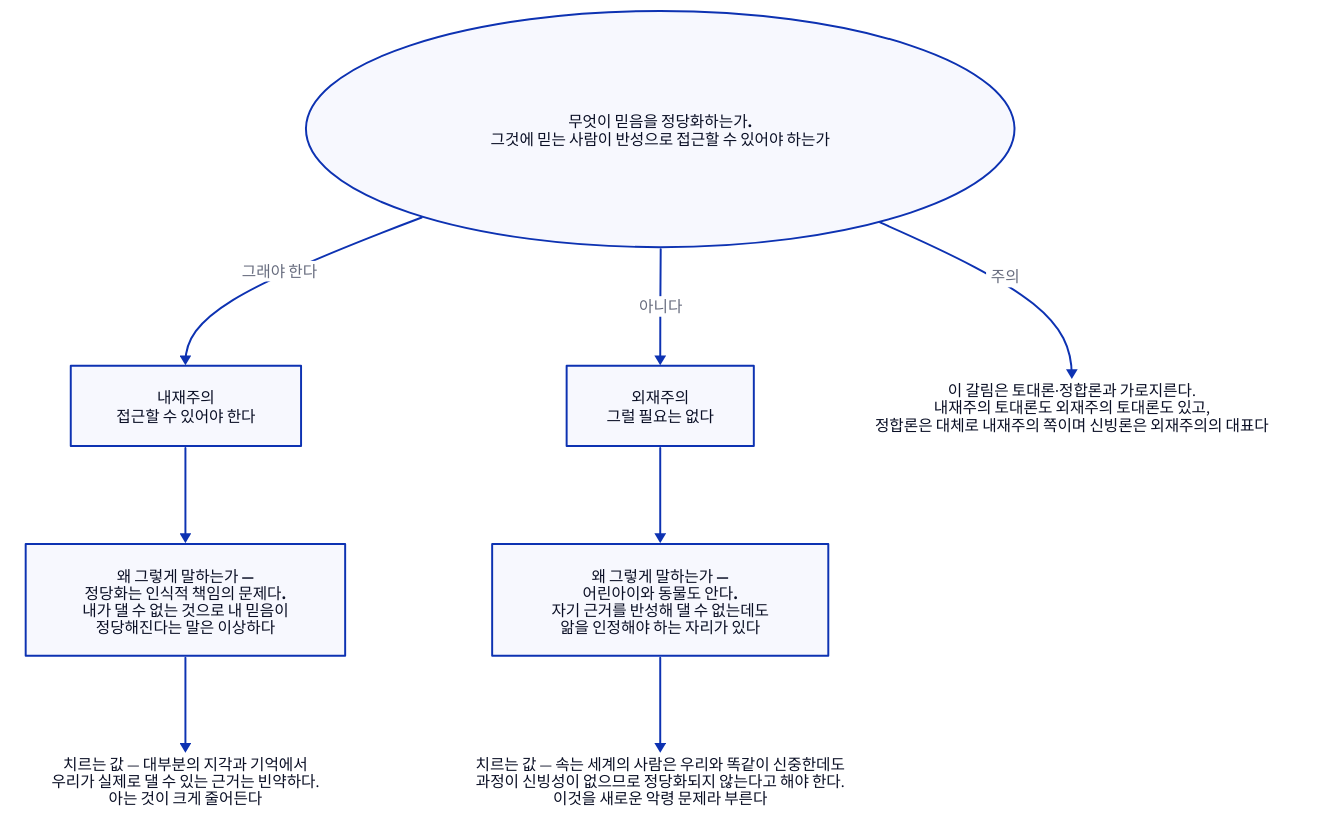
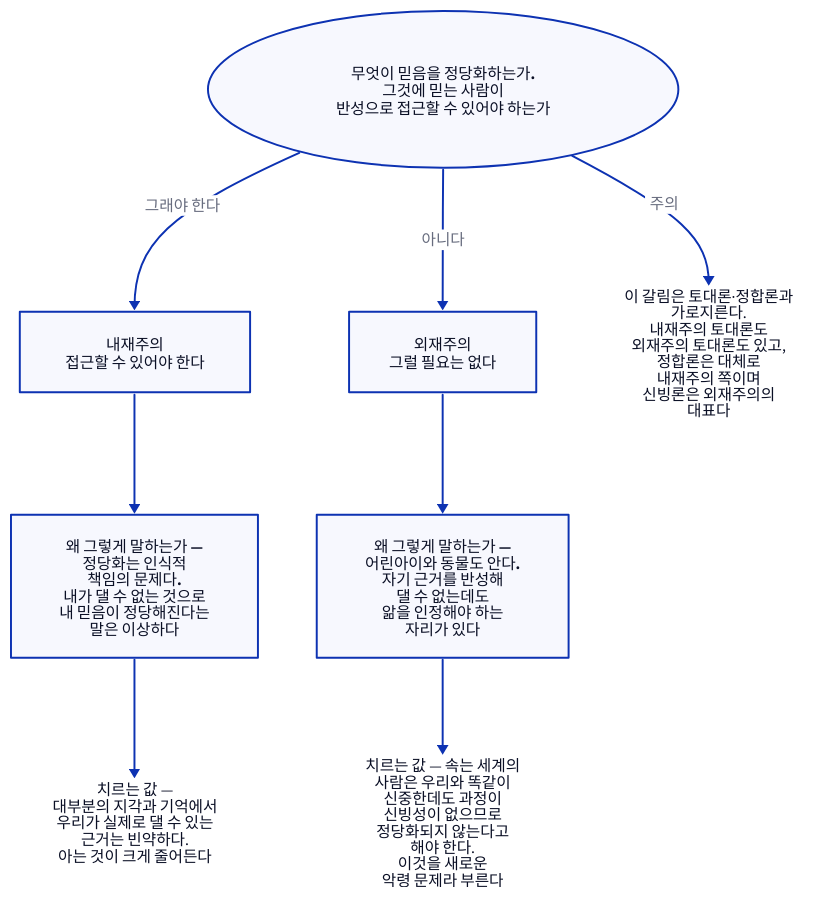
One commit to Dong-gi/Dong-gi.github.io changed the diagram in d2/philosophy/phi-k-int-ext.d2. Above: the diagram before and after it, drawn with D2. The commit also changed 315 other files, not shown here.

```diff
--- a/d2/philosophy/phi-k-int-ext.d2
+++ b/d2/philosophy/phi-k-int-ext.d2
@@ -1,44 +1,46 @@
 # 내재주의와 외재주의 — 철학 6장.
 #
 # 무엇을 읽어야 하나: 가르는 물음은 하나뿐이다.
 # ‘정당화하는 것이 믿는 사람에게 접근 가능해야 하는가.’
 # 이 물음의 답이 앞의 세 갈래(무한·토대·순환)와 서로 가로지른다.
+#
+# 폭 — 긴 줄을 좁게 접었다.
 direction: down
 
 물음: {
-  label: "무엇이 믿음을 정당화하는가.\n그것에 믿는 사람이 반성으로 접근할 수 있어야 하는가"
+  label: "무엇이 믿음을 정당화하는가.\n그것에 믿는 사람이\n반성으로 접근할 수 있어야 하는가"
   shape: oval
   style.bold: true
 }
 
 내재: { label: "내재주의\n접근할 수 있어야 한다"; style.bold: true }
 외재: { label: "외재주의\n그럴 필요는 없다"; style.bold: true }
 
 물음 -> 내재: "그래야 한다"
 물음 -> 외재: "아니다"
 
 근거내: {
-  label: "왜 그렇게 말하는가 —\n정당화는 인식적 책임의 문제다.\n내가 댈 수 없는 것으로 내 믿음이\n정당해진다는 말은 이상하다"
+  label: "왜 그렇게 말하는가 —\n정당화는 인식적\n책임의 문제다.\n내가 댈 수 없는 것으로\n내 믿음이 정당해진다는\n말은 이상하다"
 }
 근거외: {
-  label: "왜 그렇게 말하는가 —\n어린아이와 동물도 안다.\n자기 근거를 반성해 댈 수 없는데도\n앎을 인정해야 하는 자리가 있다"
+  label: "왜 그렇게 말하는가 —\n어린아이와 동물도 안다.\n자기 근거를 반성해\n댈 수 없는데도\n앎을 인정해야 하는\n자리가 있다"
 }
 내재 -> 근거내
 외재 -> 근거외
 
 값내: {
-  label: "치르는 값 — 대부분의 지각과 기억에서\n우리가 실제로 댈 수 있는 근거는 빈약하다.\n아는 것이 크게 줄어든다"
+  label: "치르는 값 —\n대부분의 지각과 기억에서\n우리가 실제로 댈 수 있는\n근거는 빈약하다.\n아는 것이 크게 줄어든다"
   shape: text
 }
 값외: {
-  label: "치르는 값 — 속는 세계의 사람은 우리와 똑같이 신중한데도\n과정이 신빙성이 없으므로 정당화되지 않는다고 해야 한다.\n이것을 새로운 악령 문제라 부른다"
+  label: "치르는 값 — 속는 세계의\n사람은 우리와 똑같이\n신중한데도 과정이\n신빙성이 없으므로\n정당화되지 않는다고\n해야 한다.\n이것을 새로운\n악령 문제라 부른다"
   shape: text
 }
 근거내 -> 값내
 근거외 -> 값외
 
 가로지름: {
-  label: "이 갈림은 토대론·정합론과 가로지른다.\n내재주의 토대론도 외재주의 토대론도 있고,\n정합론은 대체로 내재주의 쪽이며 신빙론은 외재주의의 대표다"
+  label: "이 갈림은 토대론·정합론과\n가로지른다.\n내재주의 토대론도\n외재주의 토대론도 있고,\n정합론은 대체로\n내재주의 쪽이며\n신빙론은 외재주의의\n대표다"
   shape: text
 }
 물음 -> 가로지름: "주의"
```
